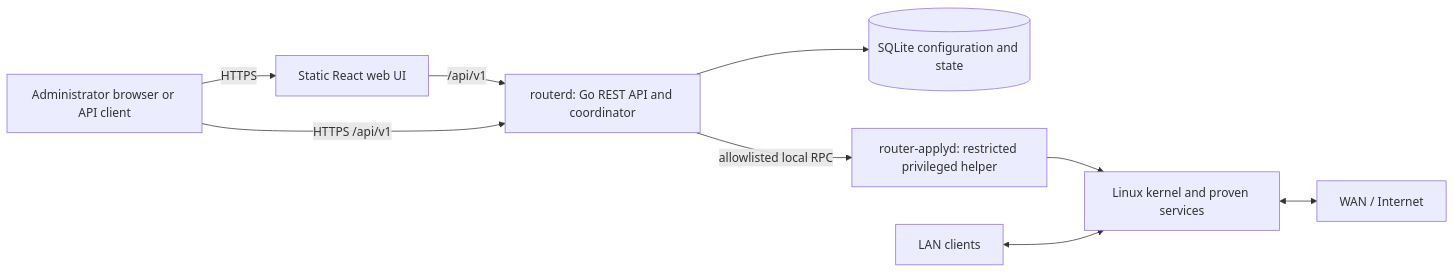
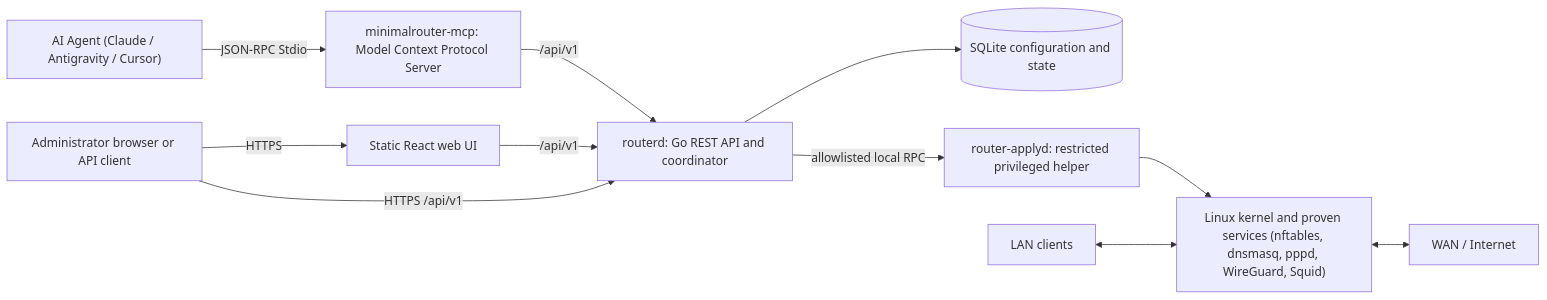
One commit to vladimirperovic/minimalrouter changed the first of 2 diagrams in ARCHITECTURE.md. Above: the diagram before and after it, drawn with Mermaid. The commit also changed other lines of this file and 2 other files, not shown here.

Commit message:
docs: update README.md and ARCHITECTURE.md with MCP AI Agent Server and Squid Proxy architecture details

````diff
--- a/ARCHITECTURE.md
+++ b/ARCHITECTURE.md
@@ -22,20 +22,24 @@
 ```mermaid
 flowchart LR
     Admin["Administrator browser or API client"]
+    AIAgent["AI Agent (Claude / Antigravity / Cursor)"]
+    MCP["minimalrouter-mcp: Model Context Protocol Server"]
     UI["Static React web UI"]
     API["routerd: Go REST API and coordinator"]
     DB[("SQLite configuration and state")]
     Apply["router-applyd: restricted privileged helper"]
-    Linux["Linux kernel and proven services"]
+    Linux["Linux kernel and proven services (nftables, dnsmasq, pppd, WireGuard, Squid)"]
     Internet["WAN / Internet"]
     LAN["LAN clients"]
 
     Admin -->|HTTPS| UI
+    AIAgent -->|JSON-RPC Stdio| MCP
+    MCP -->|/api/v1| API
     UI -->|/api/v1| API
     Admin -->|HTTPS /api/v1| API
     API --> DB
     API -->|allowlisted local RPC| Apply
     Apply --> Linux
     LAN <--> Linux
     Linux <--> Internet
 ```
````
